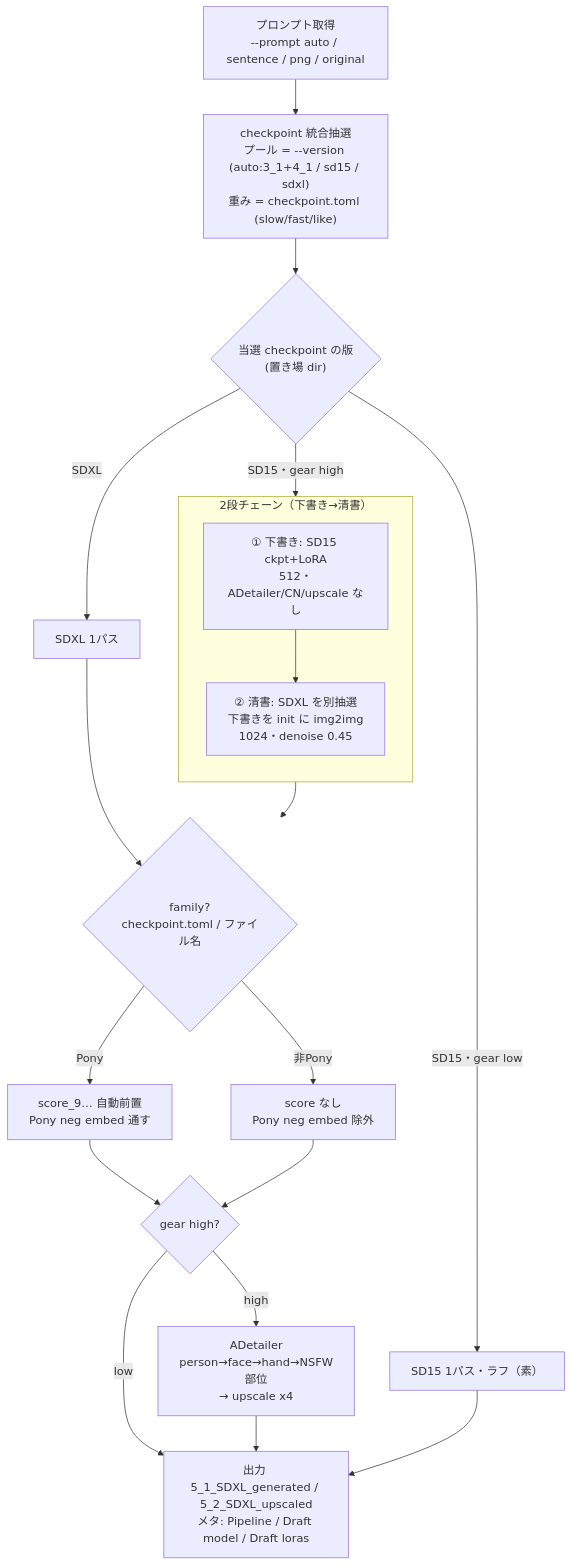
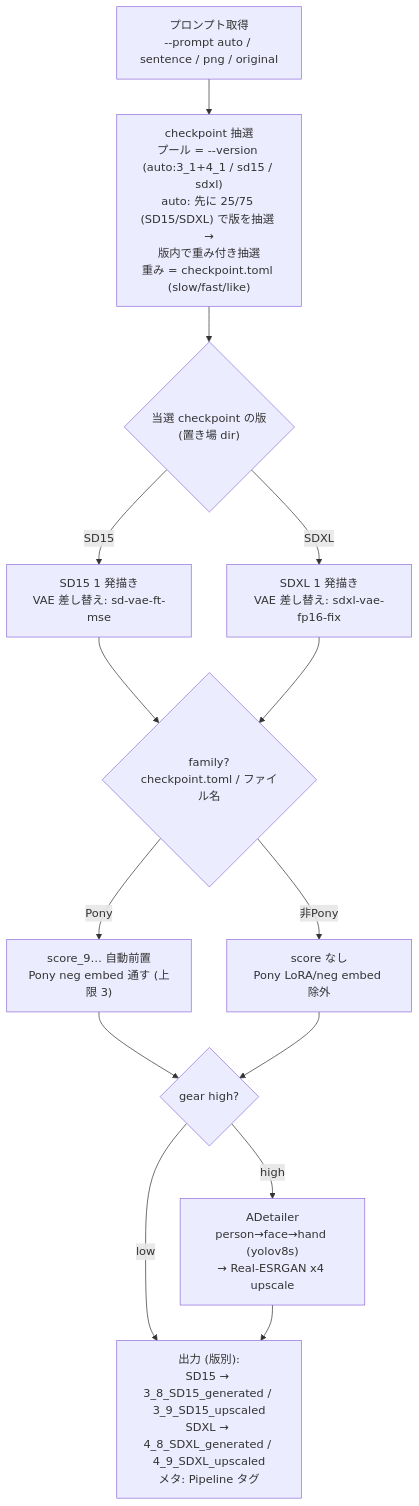
Before and after one commit to AZO234/comfyui_playground: the diagram in README_ja.md, drawn with Mermaid. The commit also changed other lines of this file and 11 other files, not shown here.

````diff
--- a/README_ja.md
+++ b/README_ja.md
@@ -115,29 +115,21 @@
 ```mermaid
 flowchart TD
   P["プロンプト取得<br/>--prompt auto / sentence / png / original"]
-  P --> CK["checkpoint 統合抽選<br/>プール = --version (auto:3_1+4_1 / sd15 / sdxl)<br/>重み = checkpoint.toml (slow/fast/like)"]
+  P --> CK["checkpoint 抽選<br/>プール = --version (auto:3_1+4_1 / sd15 / sdxl)<br/>auto: 先に 25/75 (SD15/SDXL) で版を抽選 →<br/>版内で重み付き抽選<br/>重み = checkpoint.toml (slow/fast/like)"]
   CK --> V{"当選 checkpoint の版<br/>(置き場 dir)"}
 
-  V -->|"SD15・gear high"| DR1
-  V -->|"SD15・gear low"| S1["SD15 1パス・ラフ（素）"]
-  V -->|"SDXL"| S2["SDXL 1パス"]
+  V -->|"SD15"| S1["SD15 1 発描き<br/>VAE 差し替え: sd-vae-ft-mse"]
+  V -->|"SDXL"| S2["SDXL 1 発描き<br/>VAE 差し替え: sdxl-vae-fp16-fix"]
 
-  subgraph DR["2段チェーン（下書き→清書）"]
-    direction TB
-    DR1["① 下書き: SD15 ckpt+LoRA<br/>512・ADetailer/CN/upscale なし"]
-    DR1 --> DR2["② 清書: SDXL を別抽選<br/>下書きを init に img2img<br/>1024・denoise 0.45"]
-  end
-
-  DR2 --> FAM
+  S1 --> FAM
   S2 --> FAM
   FAM{"family?<br/>checkpoint.toml / ファイル名"}
-  FAM -->|Pony| FP["score_9… 自動前置<br/>Pony neg embed 通す"]
-  FAM -->|非Pony| FN["score なし<br/>Pony neg embed 除外"]
+  FAM -->|Pony| FP["score_9… 自動前置<br/>Pony neg embed 通す (上限 3)"]
+  FAM -->|非Pony| FN["score なし<br/>Pony LoRA/neg embed 除外"]
 
   FP --> HG{"gear high?"}
   FN --> HG
-  HG -->|high| AD["ADetailer<br/>person→face→hand→NSFW部位<br/>→ upscale x4"]
+  HG -->|high| AD["ADetailer<br/>person→face→hand (yolov8s)<br/>→ Real-ESRGAN x4 upscale"]
   HG -->|low| OUT
-  AD --> OUT["出力 5_1_SDXL_generated / 5_2_SDXL_upscaled<br/>メタ: Pipeline / Draft model / Draft loras"]
-  S1 --> OUT
+  AD --> OUT["出力 (版別):<br/>SD15 → 3_8_SD15_generated / 3_9_SD15_upscaled<br/>SDXL → 4_8_SDXL_generated / 4_9_SDXL_upscaled<br/>メタ: Pipeline タグ"]
 ```
````
